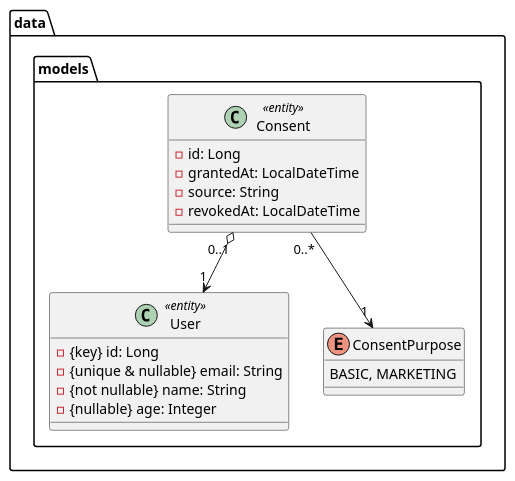
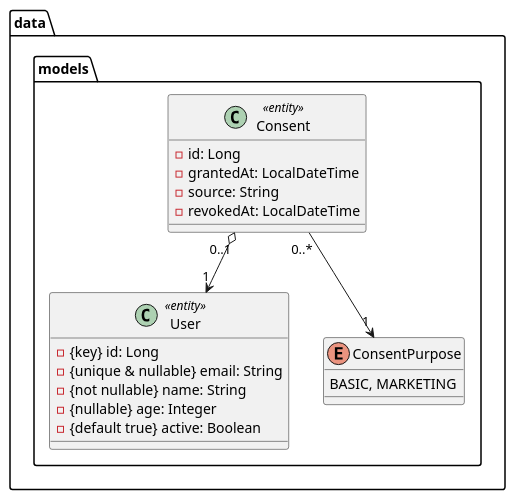
The diagram in docs/models.puml (miw-upm/poo), drawn with PlantUML before and after one commit. The commit also changed 4 other files, not shown here.

```diff
--- a/docs/models.puml
+++ b/docs/models.puml
@@ -1,22 +1,23 @@
 @startuml
 package data.models {
   class User <<entity>> {
     - {key} id: Long
     - {unique & nullable} email: String
     - {not nullable} name: String
     - {nullable} age: Integer
+    - {default true} active: Boolean
   }
   class Consent <<entity>> {
     - id: Long
     - grantedAt: LocalDateTime
     - source: String
     - revokedAt: LocalDateTime
   }
   enum ConsentPurpose {
     BASIC, MARKETING
   }
   Consent "0..1" o--> "1" User
   Consent "0..*" --> "1" ConsentPurpose
 
 }
 @enduml
```
